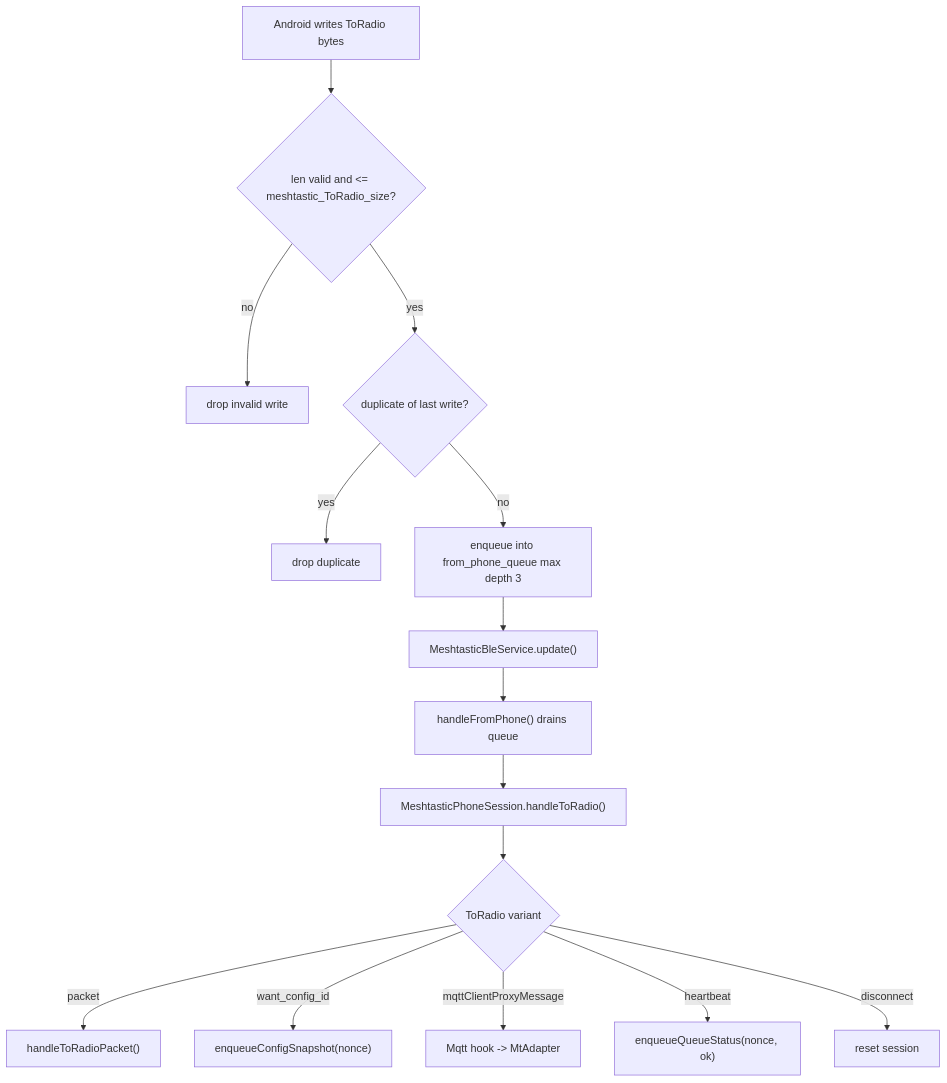
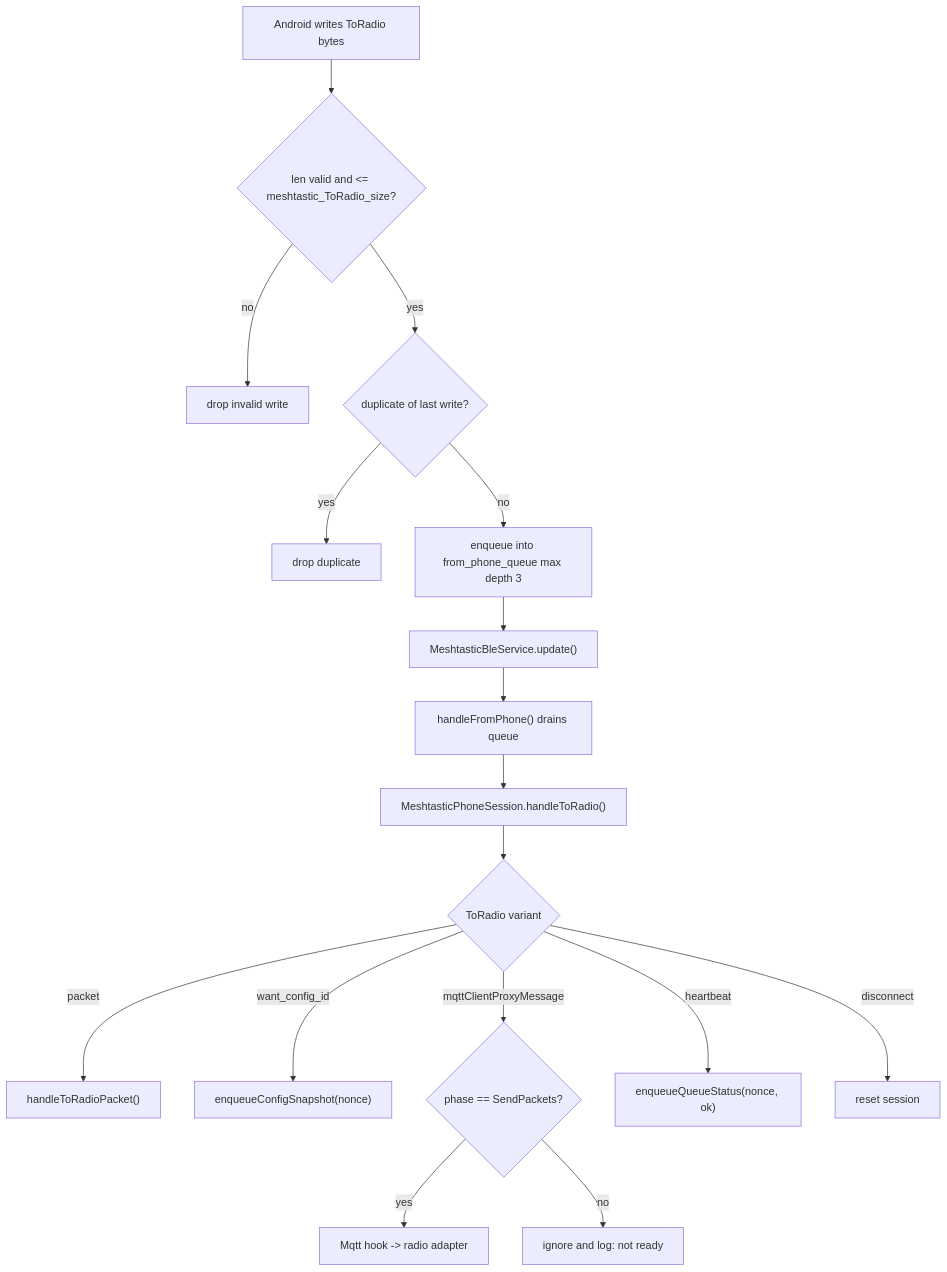
The fourth of 17 diagrams in docs/specification/MESHTASTIC_ANDROID_BLE_CONNECTION_SPEC.md (manmuqingshan/trail-mate), drawn with Mermaid before and after one commit. The commit also changed other lines of this file and 10 other files, not shown here.

Commit message:
Align nRF Meshtastic BLE liveness flow

````diff
--- a/docs/specification/MESHTASTIC_ANDROID_BLE_CONNECTION_SPEC.md
+++ b/docs/specification/MESHTASTIC_ANDROID_BLE_CONNECTION_SPEC.md
@@ -259,17 +302,19 @@
 ```mermaid
 flowchart TD
     A["Android writes ToRadio bytes"] --> B{"len valid and <= meshtastic_ToRadio_size?"}
     B -- no --> B1["drop invalid write"]
     B -- yes --> C{"duplicate of last write?"}
     C -- yes --> C1["drop duplicate"]
     C -- no --> D["enqueue into from_phone_queue max depth 3"]
     D --> E["MeshtasticBleService.update()"]
     E --> F["handleFromPhone() drains queue"]
     F --> G["MeshtasticPhoneSession.handleToRadio()"]
     G --> H{"ToRadio variant"}
     H -->|packet| I["handleToRadioPacket()"]
     H -->|want_config_id| J["enqueueConfigSnapshot(nonce)"]
-    H -->|mqttClientProxyMessage| K["Mqtt hook -> MtAdapter"]
+    H -->|mqttClientProxyMessage| K{"phase == SendPackets?"}
+    K -- yes --> K1["Mqtt hook -> radio adapter"]
+    K -- no --> K2["ignore and log: not ready"]
     H -->|heartbeat| L["enqueueQueueStatus(nonce, ok)"]
     H -->|disconnect| M["reset session"]
 ```
````
